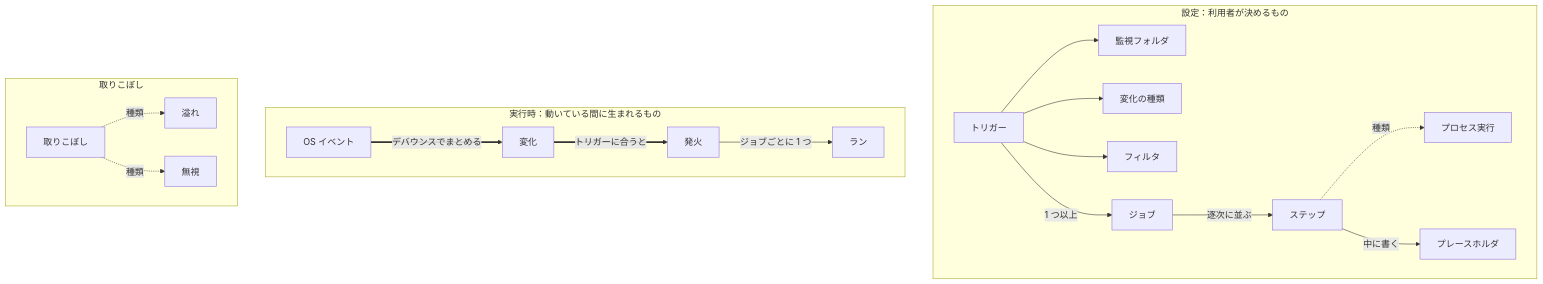
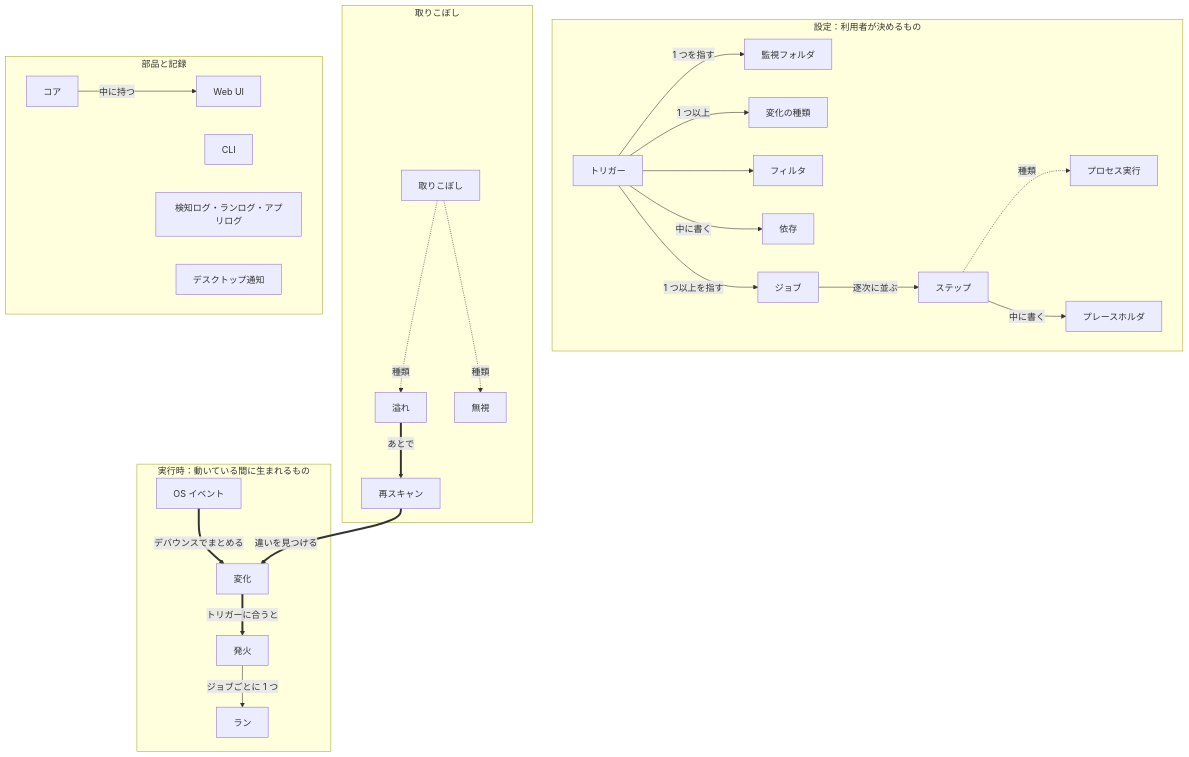
Before and after one commit to capypara20/Foxonar: the diagram in docs/glossary.ja.md, drawn with Mermaid. The commit also changed other lines of this file and 1 other file, not shown here.

````diff
--- a/docs/glossary.ja.md
+++ b/docs/glossary.ja.md
@@ -23,38 +23,53 @@
 ```mermaid
 flowchart TD
   subgraph user["設定：利用者が決めるもの"]
     trigger["トリガー"]
     folder["監視フォルダ"]
     kind["変化の種類"]
     filter["フィルタ"]
+    dep["依存"]
     job["ジョブ"]
     step["ステップ"]
     exec["プロセス実行"]
     ph["プレースホルダ"]
-    trigger --> folder
-    trigger --> kind
+    trigger -->|1 つを指す| folder
+    trigger -->|1 つ以上| kind
     trigger --> filter
-    trigger -->|1 つ以上| job
+    trigger -->|中に書く| dep
+    trigger -->|1 つ以上を指す| job
     job -->|逐次に並ぶ| step
     step -.->|種類| exec
     step -->|中に書く| ph
   end
 
   subgraph runtime["実行時：動いている間に生まれるもの"]
     osev["OS イベント"]
     change["変化"]
     firing["発火"]
     run["ラン"]
     osev ==>|デバウンスでまとめる| change
     change ==>|トリガーに合うと| firing
     firing -->|ジョブごとに 1 つ| run
   end
 
   subgraph missed["取りこぼし"]
     miss["取りこぼし"]
     overflow["溢れ"]
     ignore["無視"]
+    rescan["再スキャン"]
     miss -.->|種類| overflow
     miss -.->|種類| ignore
   end
+
+  overflow ==>|あとで| rescan
+  rescan ==>|違いを見つける| change
+
+  subgraph parts["部品と記録"]
+    core["コア"]
+    webui["Web UI"]
+    cli["CLI"]
+    logs["検知ログ・ランログ・アプリログ"]
+    toast["デスクトップ通知"]
+    core -->|中に持つ| webui
+  end
 ```
````
